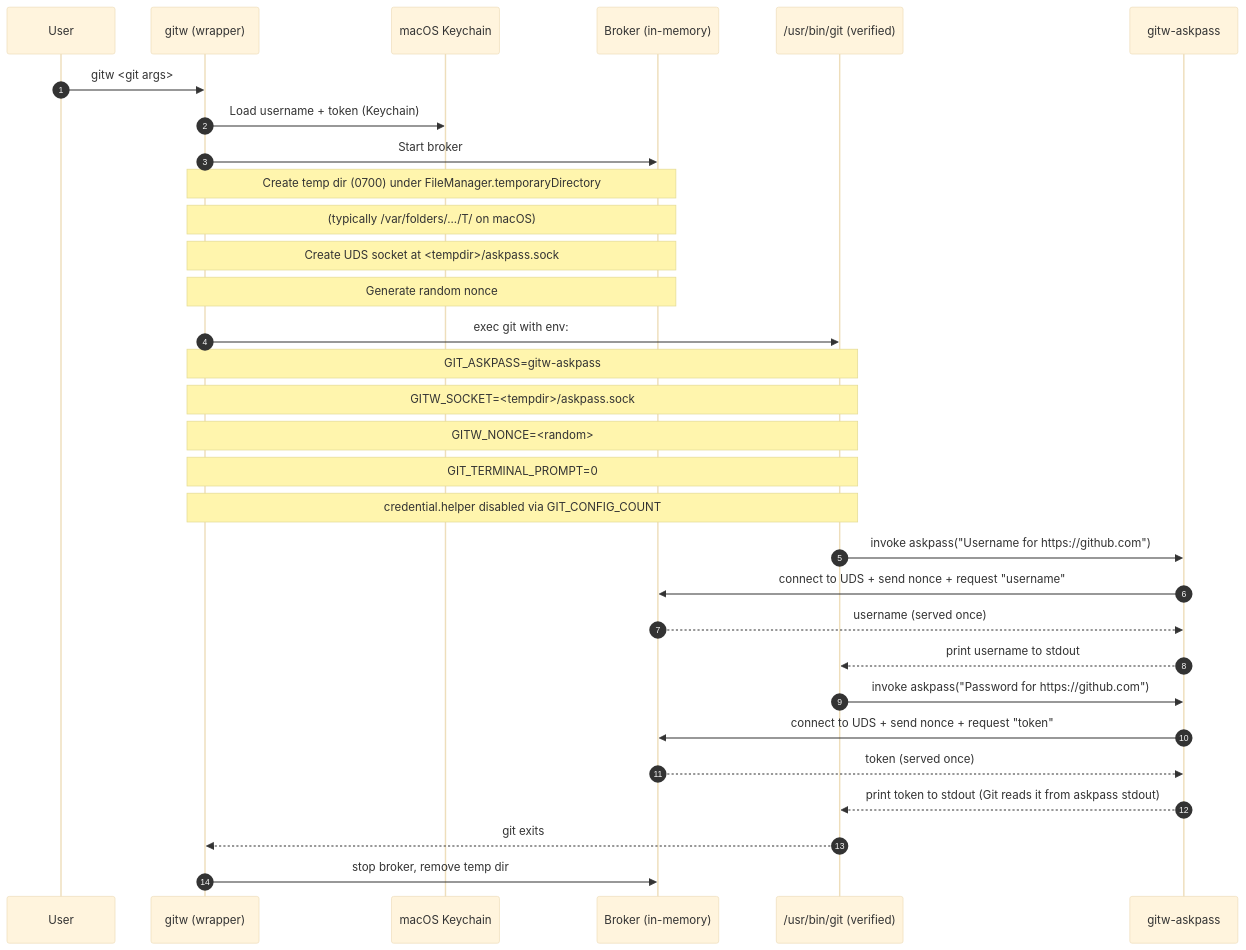
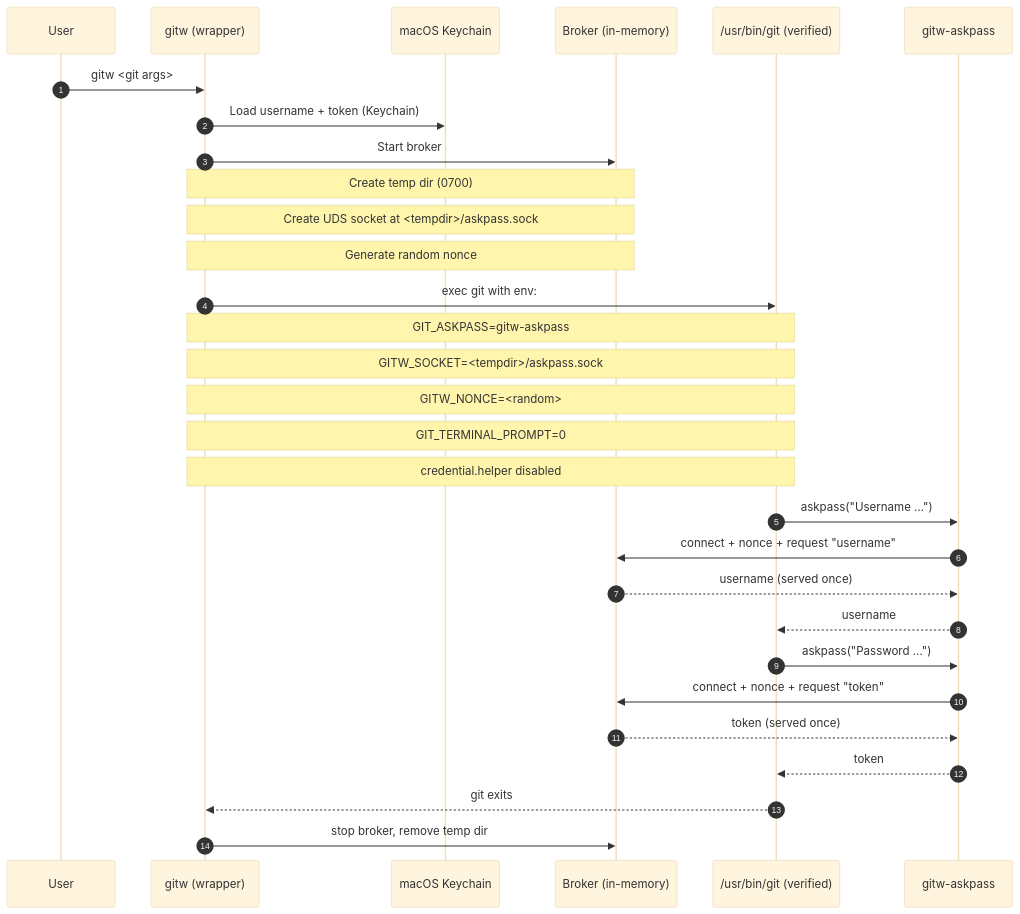
One commit to Martin-Tech-Labs/gitw changed the diagram in README.md. Above: the diagram before and after it, drawn with Mermaid (base theme). The commit also changed other lines of this file, not shown here.

````diff
--- a/README.md
+++ b/README.md
@@ -183,37 +115,36 @@
 ```mermaid
 sequenceDiagram
   autonumber
   participant U as User
   participant W as gitw (wrapper)
   participant KC as macOS Keychain
   participant B as Broker (in-memory)
   participant G as /usr/bin/git (verified)
   participant A as gitw-askpass
 
   U->>W: gitw <git args>
   W->>KC: Load username + token (Keychain)
   W->>B: Start broker
-  Note over W,B: Create temp dir (0700) under FileManager.temporaryDirectory
-  Note over W,B: (typically /var/folders/.../T/ on macOS)
+  Note over W,B: Create temp dir (0700)
   Note over W,B: Create UDS socket at <tempdir>/askpass.sock
   Note over W,B: Generate random nonce
   W->>G: exec git with env:
   Note over W,G: GIT_ASKPASS=gitw-askpass
   Note over W,G: GITW_SOCKET=<tempdir>/askpass.sock
   Note over W,G: GITW_NONCE=<random>
   Note over W,G: GIT_TERMINAL_PROMPT=0
-  Note over W,G: credential.helper disabled via GIT_CONFIG_COUNT
+  Note over W,G: credential.helper disabled
 
-  G->>A: invoke askpass("Username for https://github.com")
-  A->>B: connect to UDS + send nonce + request "username"
+  G->>A: askpass("Username …")
+  A->>B: connect + nonce + request "username"
   B-->>A: username (served once)
-  A-->>G: print username to stdout
+  A-->>G: username
 
-  G->>A: invoke askpass("Password for https://github.com")
-  A->>B: connect to UDS + send nonce + request "token"
+  G->>A: askpass("Password …")
+  A->>B: connect + nonce + request "token"
   B-->>A: token (served once)
-  A-->>G: print token to stdout (Git reads it from askpass stdout)
+  A-->>G: token
 
   G-->>W: git exits
   W->>B: stop broker, remove temp dir
 ```
````
